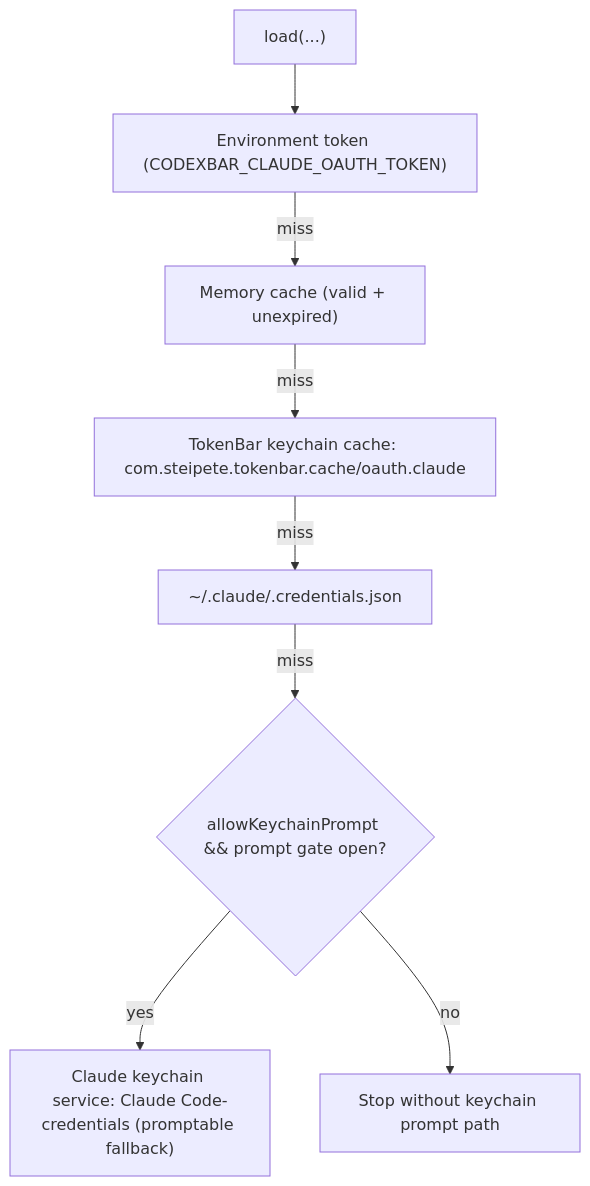
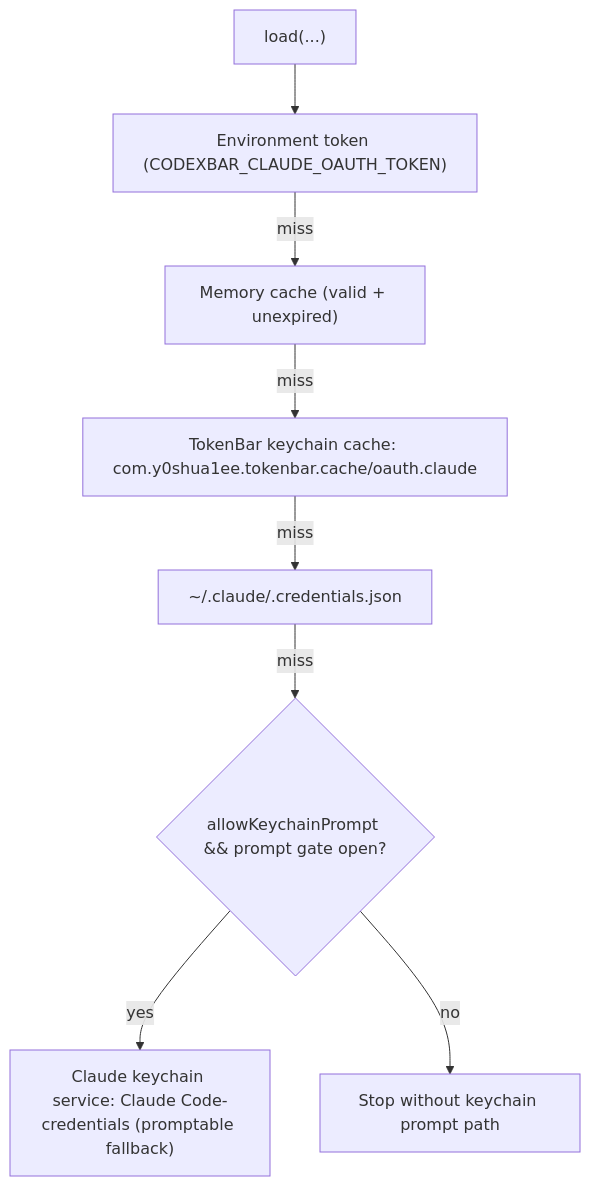
One commit to y0shua1ee/TokenBar changed the third of 10 diagrams in docs/claude-comparison-since-0.18.0beta2.md. Above: the diagram before and after it, drawn with Mermaid. The commit also changed other lines of this file and 1003 other files, not shown here.

First line of the commit message:
refactor: rename all CodexBar references to TokenBar

````diff
--- a/docs/claude-comparison-since-0.18.0beta2.md
+++ b/docs/claude-comparison-since-0.18.0beta2.md
@@ -69,10 +69,10 @@
 ```mermaid
 flowchart TD
     A["load(...)"] --> B["Environment token (CODEXBAR_CLAUDE_OAUTH_TOKEN)"]
     B -->|miss| C["Memory cache (valid + unexpired)"]
-    C -->|miss| D["TokenBar keychain cache: com.steipete.tokenbar.cache/oauth.claude"]
+    C -->|miss| D["TokenBar keychain cache: com.y0shua1ee.tokenbar.cache/oauth.claude"]
     D -->|miss| E["~/.claude/.credentials.json"]
     E -->|miss| F{"allowKeychainPrompt && prompt gate open?"}
     F -- "yes" --> G["Claude keychain service: Claude Code-credentials (promptable fallback)"]
     F -- "no" --> H["Stop without keychain prompt path"]
 ```
````
